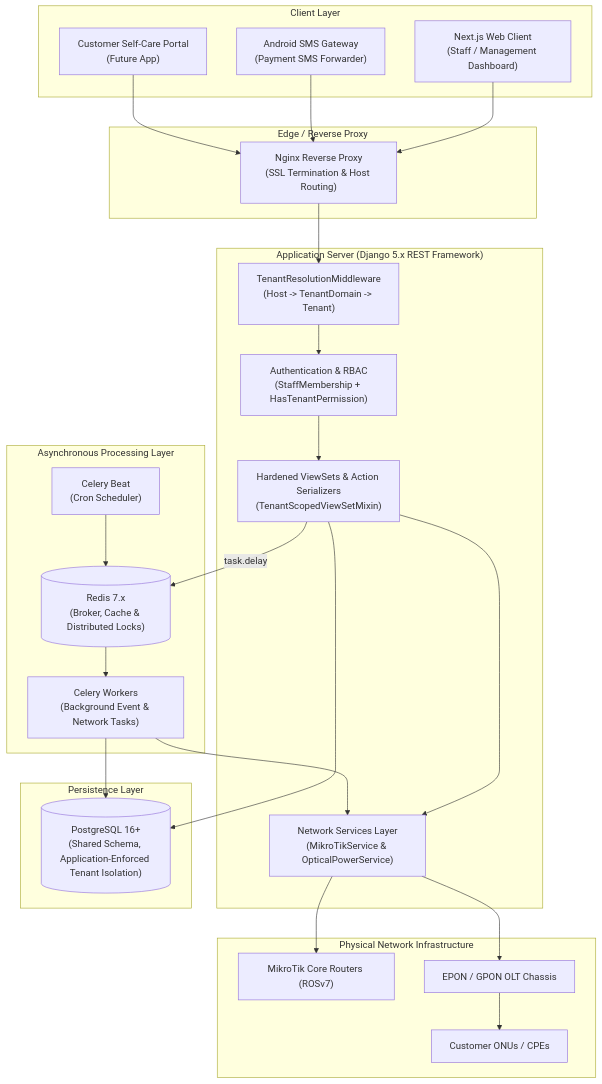
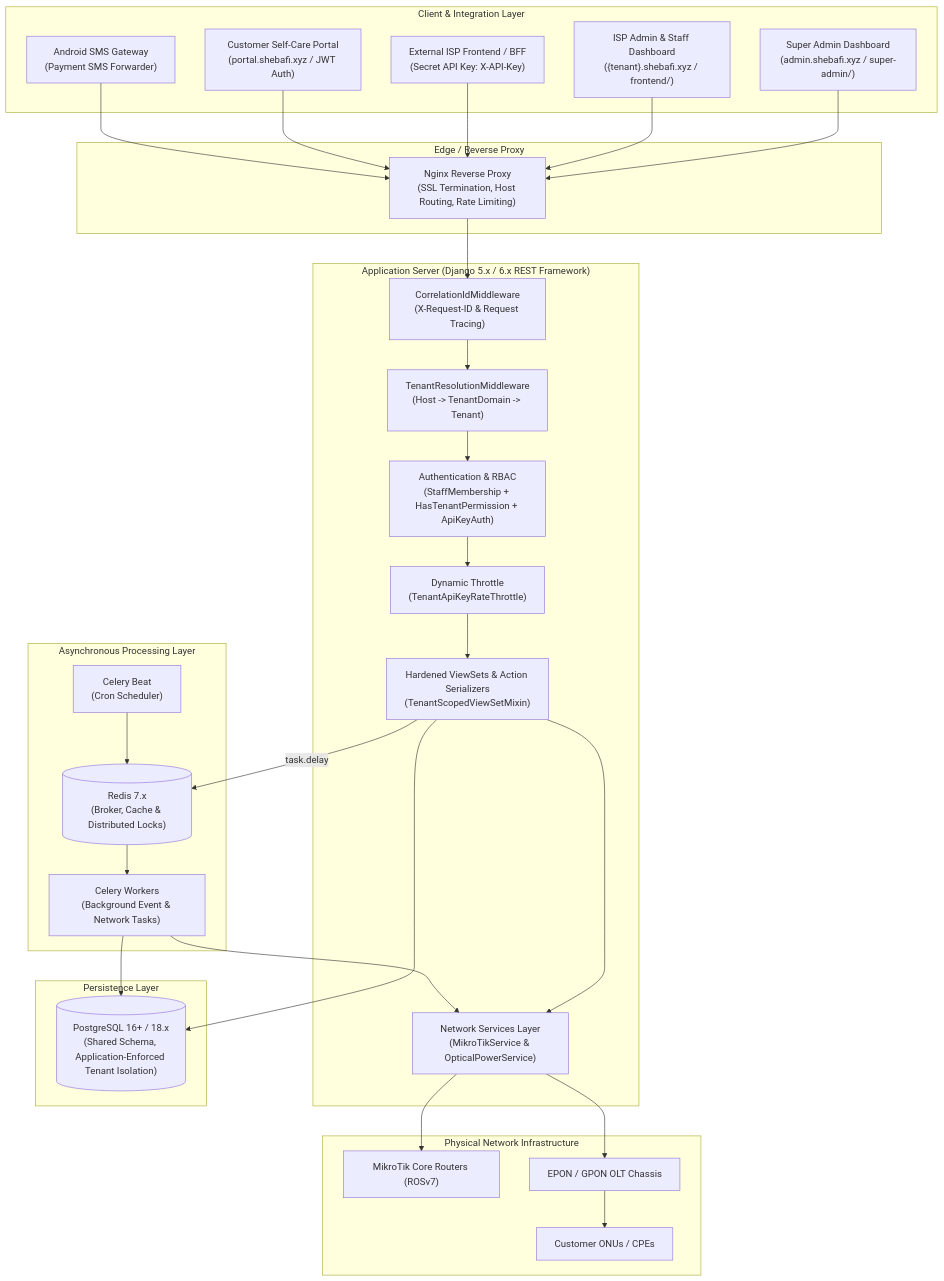
One commit to Taraldinn/sheba-erp changed the first of 5 diagrams in ARCHITECTURE.md. Above: the diagram before and after it, drawn with Mermaid. The commit also changed other lines of this file and 6 other files, not shown here.

````diff
--- a/ARCHITECTURE.md
+++ b/ARCHITECTURE.md
@@ -119,56 +131,64 @@
 ```mermaid
 graph TB
-    subgraph Clients["Client Layer"]
-        Browser["Next.js Web Client<br/>(Staff / Management Dashboard)"]
+    subgraph Clients["Client & Integration Layer"]
+        SuperAdminUI["Super Admin Dashboard<br/>(admin.shebafi.xyz / super-admin/)"]
+        ISPAdminUI["ISP Admin & Staff Dashboard<br/>({tenant}.shebafi.xyz / frontend/)"]
+        ExternalBFF["External ISP Frontend / BFF<br/>(Secret API Key: X-API-Key)"]
+        CustomerPortal["Customer Self-Care Portal<br/>(portal.shebafi.xyz / JWT Auth)"]
         MobileSMS["Android SMS Gateway<br/>(Payment SMS Forwarder)"]
-        CustomerPortal["Customer Self-Care Portal<br/>(Future App)"]
     end
 
     subgraph Edge["Edge / Reverse Proxy"]
-        Nginx["Nginx Reverse Proxy<br/>(SSL Termination & Host Routing)"]
+        Nginx["Nginx Reverse Proxy<br/>(SSL Termination, Host Routing, Rate Limiting)"]
     end
 
-    subgraph Backend["Application Server (Django 5.x REST Framework)"]
+    subgraph Backend["Application Server (Django 5.x / 6.x REST Framework)"]
         MW["TenantResolutionMiddleware<br/>(Host -> TenantDomain -> Tenant)"]
-        Auth["Authentication & RBAC<br/>(StaffMembership + HasTenantPermission)"]
+        CID["CorrelationIdMiddleware<br/>(X-Request-ID & Request Tracing)"]
+        Auth["Authentication & RBAC<br/>(StaffMembership + HasTenantPermission + ApiKeyAuth)"]
+        Throttle["Dynamic Throttle<br/>(TenantApiKeyRateThrottle)"]
         API["Hardened ViewSets & Action Serializers<br/>(TenantScopedViewSetMixin)"]
         NetService["Network Services Layer<br/>(MikroTikService & OpticalPowerService)"]
     end
 
     subgraph Workers["Asynchronous Processing Layer"]
         Redis[("Redis 7.x<br/>(Broker, Cache & Distributed Locks)")]
         CeleryWorker["Celery Workers<br/>(Background Event & Network Tasks)"]
         CeleryBeat["Celery Beat<br/>(Cron Scheduler)"]
     end
 
     subgraph Storage["Persistence Layer"]
-        Postgres[("PostgreSQL 16+<br/>(Shared Schema, Application-Enforced Tenant Isolation)")]
+        Postgres[("PostgreSQL 16+ / 18.x<br/>(Shared Schema, Application-Enforced Tenant Isolation)")]
     end
 
     subgraph Hardware["Physical Network Infrastructure"]
         Router["MikroTik Core Routers (ROSv7)"]
         OLT["EPON / GPON OLT Chassis"]
         ONU["Customer ONUs / CPEs"]
     end
 
-    Browser --> Nginx
+    SuperAdminUI --> Nginx
+    ISPAdminUI --> Nginx
+    ExternalBFF --> Nginx
+    CustomerPortal --> Nginx
     MobileSMS --> Nginx
-    CustomerPortal --> Nginx
 
-    Nginx --> MW
+    Nginx --> CID
+    CID --> MW
     MW --> Auth
-    Auth --> API
+    Auth --> Throttle
+    Throttle --> API
 
     API --> Postgres
     API -->|task.delay| Redis
     API --> NetService
 
     Redis --> CeleryWorker
     CeleryBeat --> Redis
     CeleryWorker --> Postgres
     CeleryWorker --> NetService
 
     NetService --> Router
     NetService --> OLT
     OLT --> ONU
 ```
````
